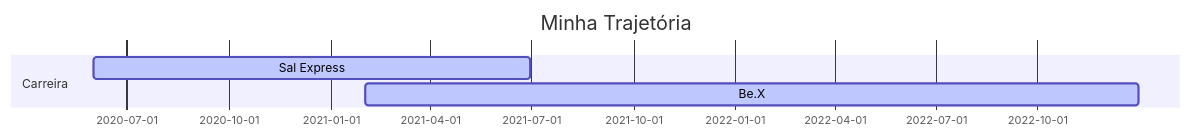
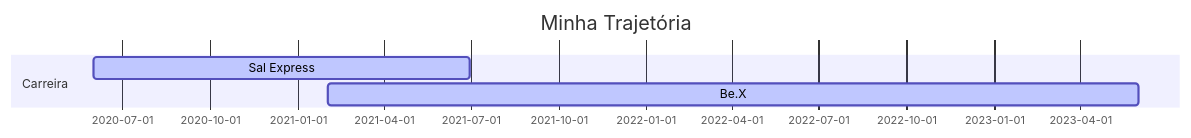
The diagram in README.md (julioszeferino/julioszeferino), drawn with Mermaid before and after one commit. The commit also changed other lines of this file, not shown here.

````diff
--- a/README.md
+++ b/README.md
@@ -11,11 +11,11 @@
 ```mermaid
 
 gantt
 dateFormat  YYYY-MM-DD
 title Minha Trajetória
 
 section Carreira
 Sal Express           :active,, 2020-06-01,2021-06-30
-Be.X                  :active,, 2021-02-01,2022-12-31
+Be.X                  :active,, 2021-02-01,2023-06-01
 
 ```
````
